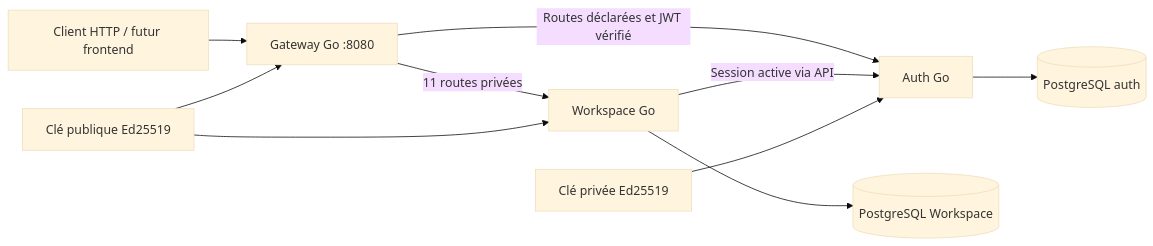
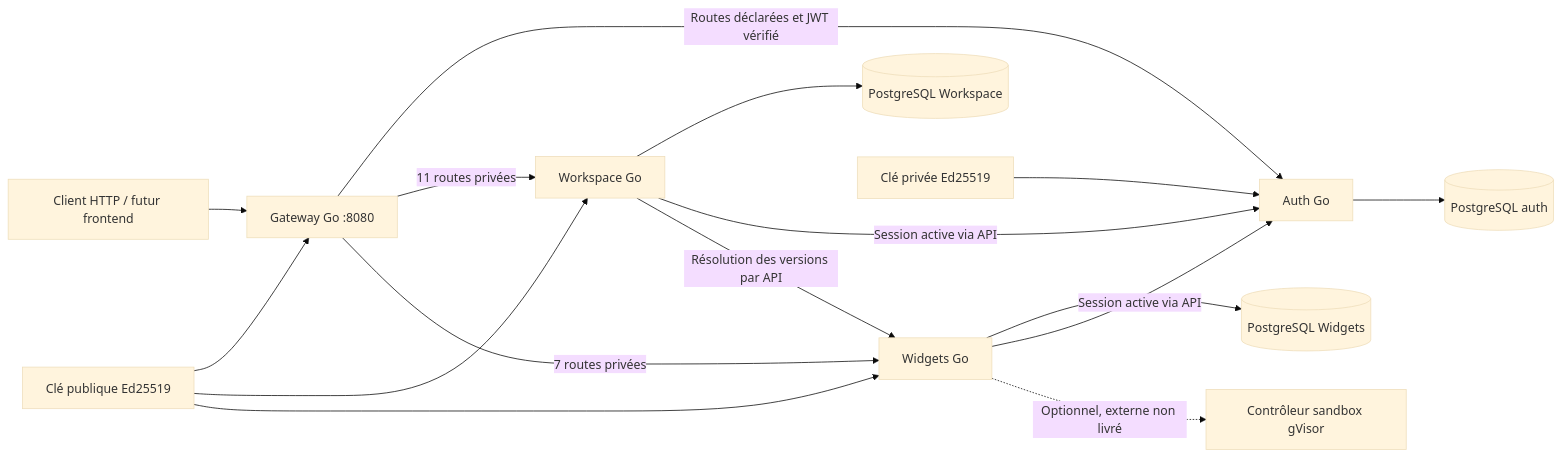
Before and after one commit to QSlate/QSlate-Back: the first of 2 diagrams in docs/architecture.md, drawn with Mermaid (base theme). The commit also changed other lines of this file and 4 other files, not shown here.

````diff
--- a/docs/architecture.md
+++ b/docs/architecture.md
@@ -67,12 +67,18 @@
 ```mermaid
 flowchart LR
     Client[Client HTTP / futur frontend] --> Gateway[Gateway Go :8080]
     Gateway -->|Routes déclarées et JWT vérifié| Auth[Auth Go]
     Auth --> DB[(PostgreSQL auth)]
     Gateway -->|11 routes privées| Workspace[Workspace Go]
     Workspace --> WDB[(PostgreSQL Workspace)]
     Workspace -->|Session active via API| Auth
+    Gateway -->|7 routes privées| Widgets[Widgets Go]
+    Widgets --> WidgetsDB[(PostgreSQL Widgets)]
+    Widgets -->|Session active via API| Auth
+    Workspace -->|Résolution des versions par API| Widgets
+    Widgets -.->|Optionnel, externe non livré| Sandbox[Contrôleur sandbox gVisor]
     Private[Clé privée Ed25519] --> Auth
     Public[Clé publique Ed25519] --> Gateway
     Public --> Workspace
+    Public --> Widgets
 ```
````
